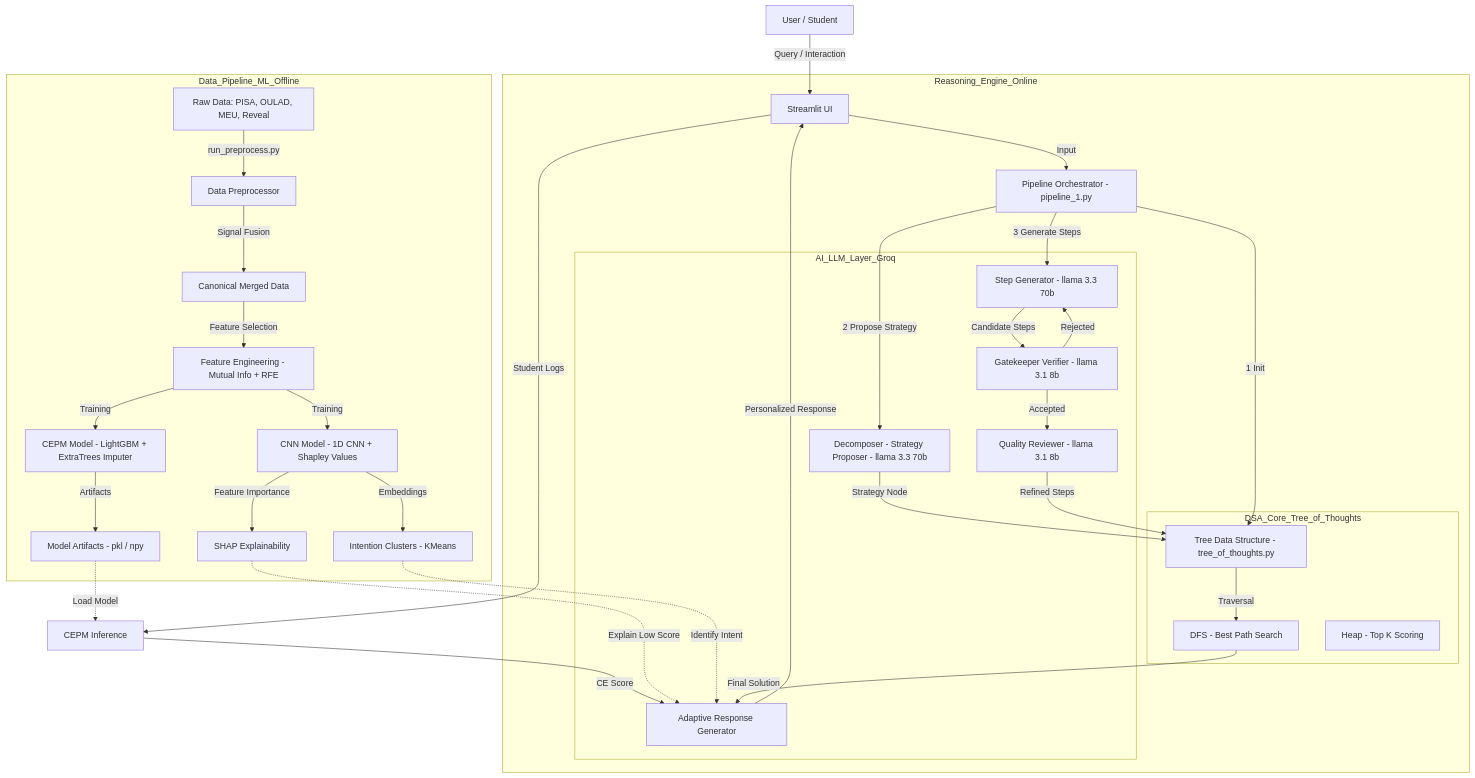
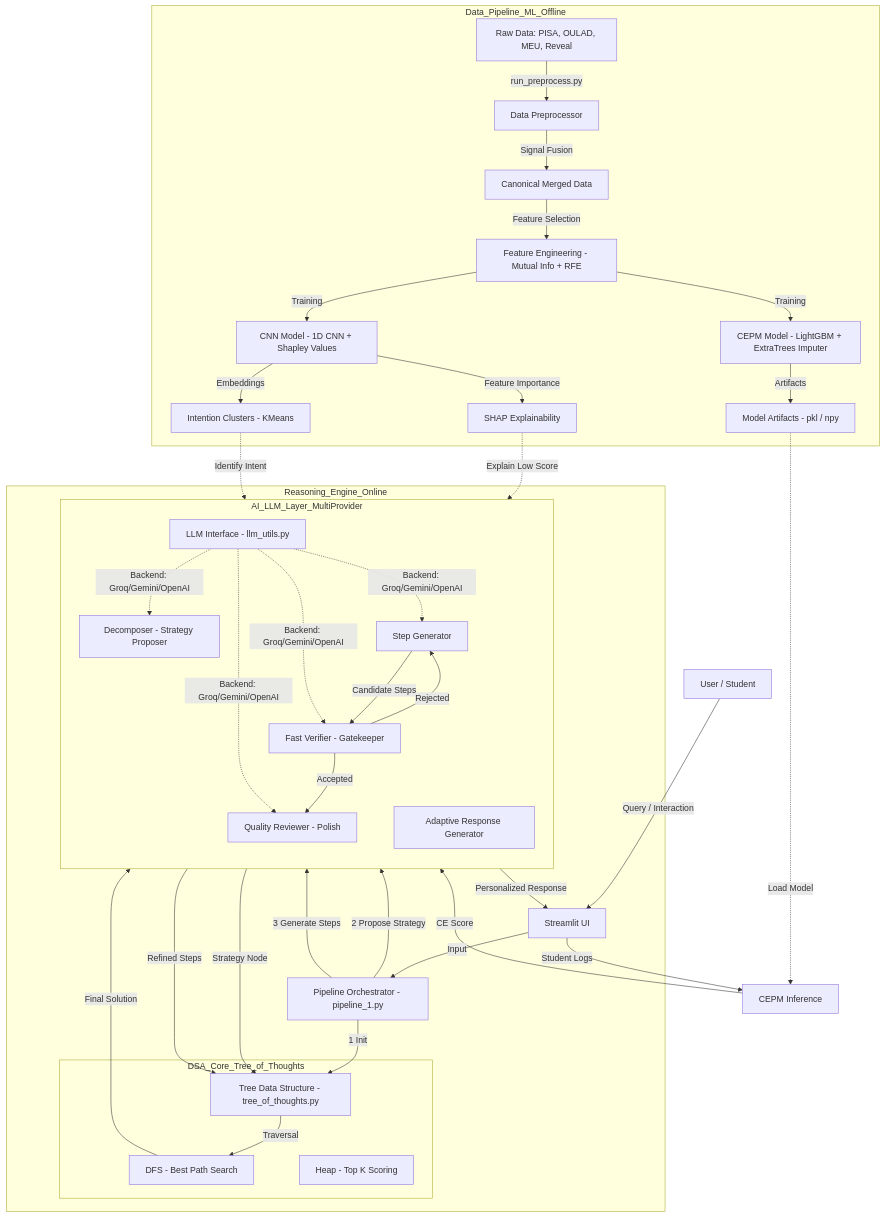
Before and after one commit to Wolfie8935/CERAS-Cognitive-Efficiency-Reasoning-Alignment-System: the diagram in final_architecture.md, drawn with Mermaid. The commit also changed other lines of this file and 1 other file, not shown here.

```diff
--- a/final_architecture.md
+++ b/final_architecture.md
@@ -50,12 +49,19 @@
     end
 
     %% ---- AI / LLM Layer ----
-    subgraph AI_LLM_Layer_Groq
-        Decomposer[Decomposer - Strategy Proposer - llama 3.3 70b]
-        Solver[Step Generator - llama 3.3 70b]
-        Verifier1[Gatekeeper Verifier - llama 3.1 8b]
-        Verifier2[Quality Reviewer - llama 3.1 8b]
+    subgraph AI_LLM_Layer_MultiProvider
+        direction TB
+        LLM[LLM Interface - llm_utils.py]
+        Decomposer[Decomposer - Strategy Proposer]
+        Solver[Step Generator]
+        Verifier1[Fast Verifier - Gatekeeper]
+        Verifier2[Quality Reviewer - Polish]
         Adaptive[Adaptive Response Generator]
+        
+        LLM -.->|Backend: Groq/Gemini/OpenAI| Decomposer
+        LLM -.->|Backend: Groq/Gemini/OpenAI| Solver
+        LLM -.->|Backend: Groq/Gemini/OpenAI| Verifier1
+        LLM -.->|Backend: Groq/Gemini/OpenAI| Verifier2
     end
 
     %% ---- Flow ----
```
